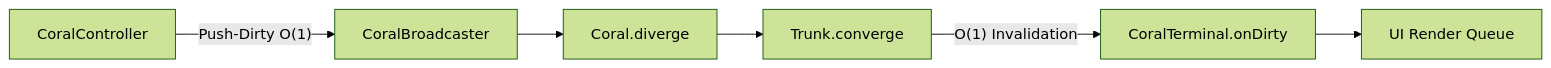
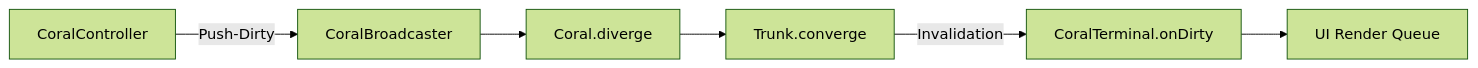
Before and after one commit to pioneerjkf/coralline: the second of 3 diagrams in README.md, drawn with Mermaid (forest theme). The commit also changed other lines of this file and 48 other files, not shown here.

````diff
--- a/README.md
+++ b/README.md
@@ -45,8 +44,8 @@
 ```mermaid
 flowchart LR
-    A1["CoralController"] -->|"Push-Dirty O(1)"| B1["CoralBroadcaster"]
+    A1["CoralController"] -->|"Push-Dirty"| B1["CoralBroadcaster"]
     B1 --> C1["Coral.diverge"]
     C1 --> D1["Trunk.converge"]
-    D1 -->|"O(1) Invalidation"| E1["CoralTerminal.onDirty"]
+    D1 -->|"Invalidation"| E1["CoralTerminal.onDirty"]
     E1 --> F1["UI Render Queue"]
 ```
````
